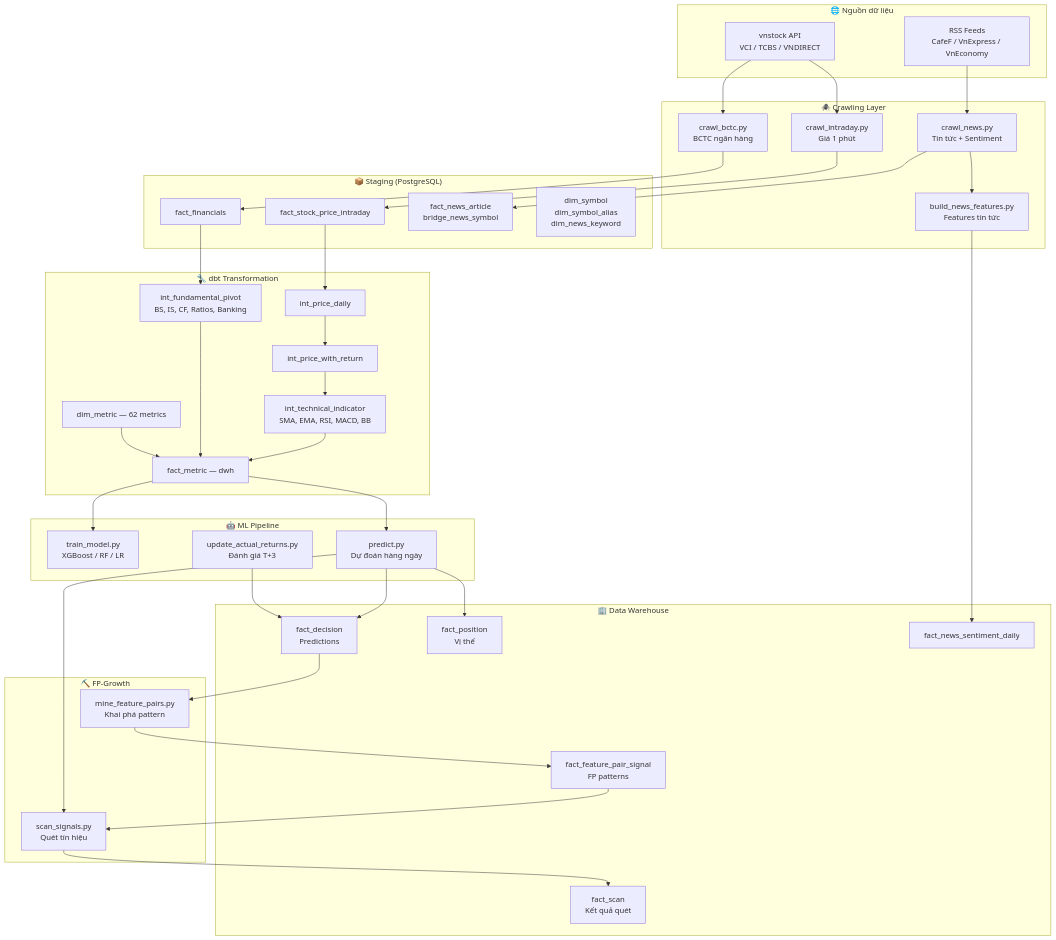
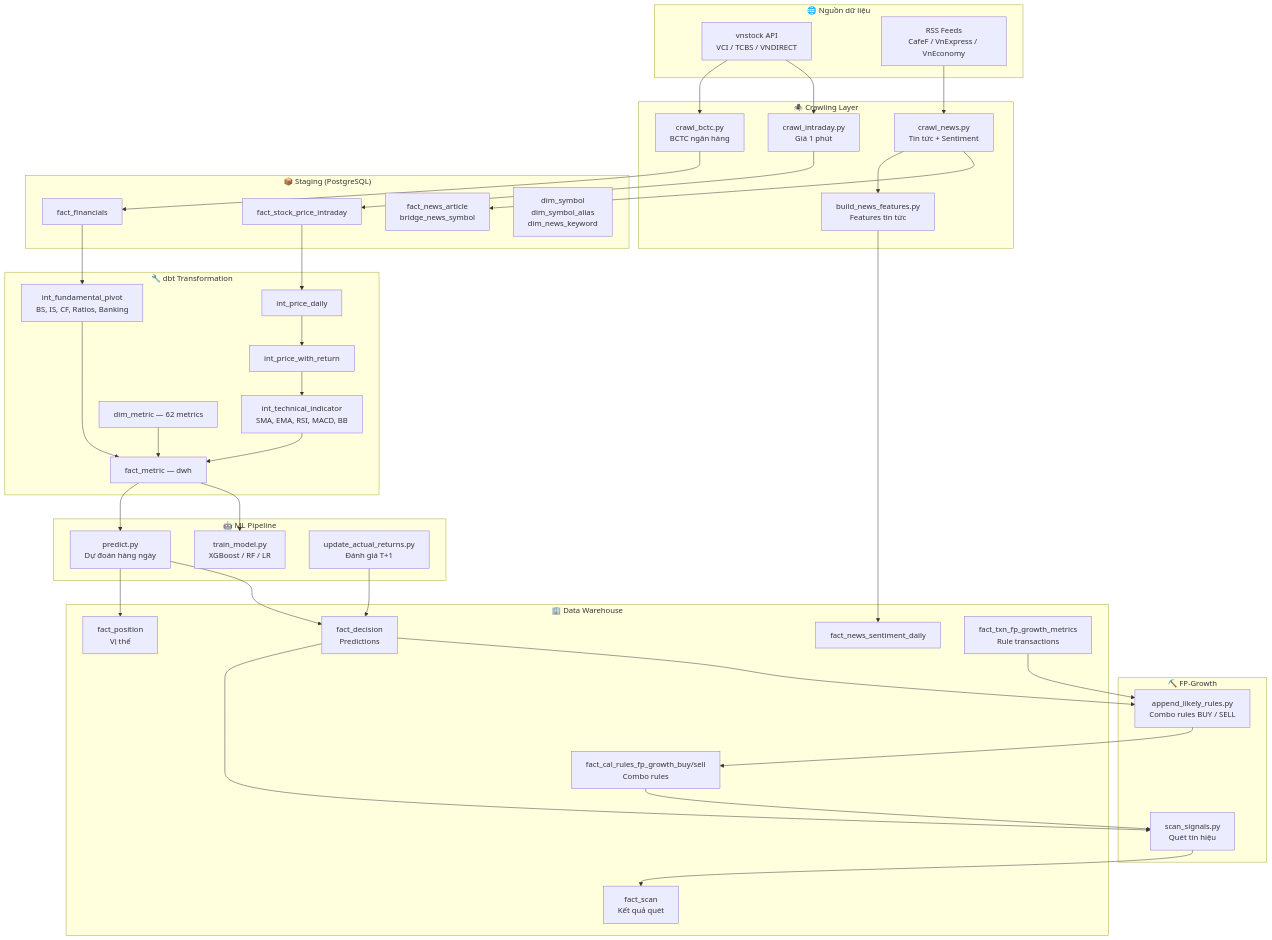
The first of 5 diagrams in PROJECT_DOCUMENTATION.md (Hoai-Viet/Stock_Prediction), drawn with Mermaid before and after one commit. The commit also changed other lines of this file and 4 other files, not shown here.

Commit message:
docs: align FP-Growth with post-ML combo rules

````diff
--- a/PROJECT_DOCUMENTATION.md
+++ b/PROJECT_DOCUMENTATION.md
@@ -20,71 +20,73 @@
 ```mermaid
 flowchart TD
     subgraph DATA_SOURCES["🌐 Nguồn dữ liệu"]
         A1[vnstock API<br/>VCI / TCBS / VNDIRECT]
         A2[RSS Feeds<br/>CafeF / VnExpress / VnEconomy]
     end
 
     subgraph CRAWLING["🕷️ Crawling Layer"]
         B1[crawl_intraday.py<br/>Giá 1 phút]
         B2[crawl_bctc.py<br/>BCTC ngân hàng]
         B3[crawl_news.py<br/>Tin tức + Sentiment]
         B4[build_news_features.py<br/>Features tin tức]
     end
 
     subgraph STAGING["📦 Staging (PostgreSQL)"]
         C1[fact_stock_price_intraday]
         C2[fact_financials]
         C3[fact_news_article<br/>bridge_news_symbol]
         C4[dim_symbol<br/>dim_symbol_alias<br/>dim_news_keyword]
     end
 
     subgraph DBT["🔧 dbt Transformation"]
         D1[int_price_daily]
         D2[int_price_with_return]
         D3[int_technical_indicator<br/>SMA, EMA, RSI, MACD, BB]
         D4[int_fundamental_pivot<br/>BS, IS, CF, Ratios, Banking]
         D5[dim_metric — 62 metrics]
         D6[fact_metric — dwh]
     end
 
     subgraph ML["🤖 ML Pipeline"]
         E1[train_model.py<br/>XGBoost / RF / LR]
         E2[predict.py<br/>Dự đoán hàng ngày]
-        E3[update_actual_returns.py<br/>Đánh giá T+3]
+        E3[update_actual_returns.py<br/>Đánh giá T+1]
     end
 
     subgraph FP_GROWTH["⛏️ FP-Growth"]
-        F1[mine_feature_pairs.py<br/>Khai phá pattern]
+        F1[append_likely_rules.py<br/>Combo rules BUY / SELL]
         F2[scan_signals.py<br/>Quét tín hiệu]
     end
 
     subgraph DWH["🏢 Data Warehouse"]
         G1[fact_decision<br/>Predictions]
         G2[fact_position<br/>Vị thế]
-        G3[fact_feature_pair_signal<br/>FP patterns]
+        G3[fact_cal_rules_fp_growth_buy/sell<br/>Combo rules]
         G4[fact_scan<br/>Kết quả quét]
         G5[fact_news_sentiment_daily]
+        G6[fact_txn_fp_growth_metrics<br/>Rule transactions]
     end
 
     A1 --> B1 & B2
     A2 --> B3
     B1 --> C1
     B2 --> C2
     B3 --> C3
     B3 --> B4
     B4 --> G5
 
     C1 --> D1 --> D2 --> D3
     C2 --> D4
     D3 & D4 --> D6
     D5 --> D6
 
     D6 --> E1 & E2
     E2 --> G1 & G2
     E3 --> G1
     G1 --> F1
+    G6 --> F1
     F1 --> G3
     G3 --> F2
     F2 --> G4
-    E2 --> F2
+    G1 --> F2
 ```
````
